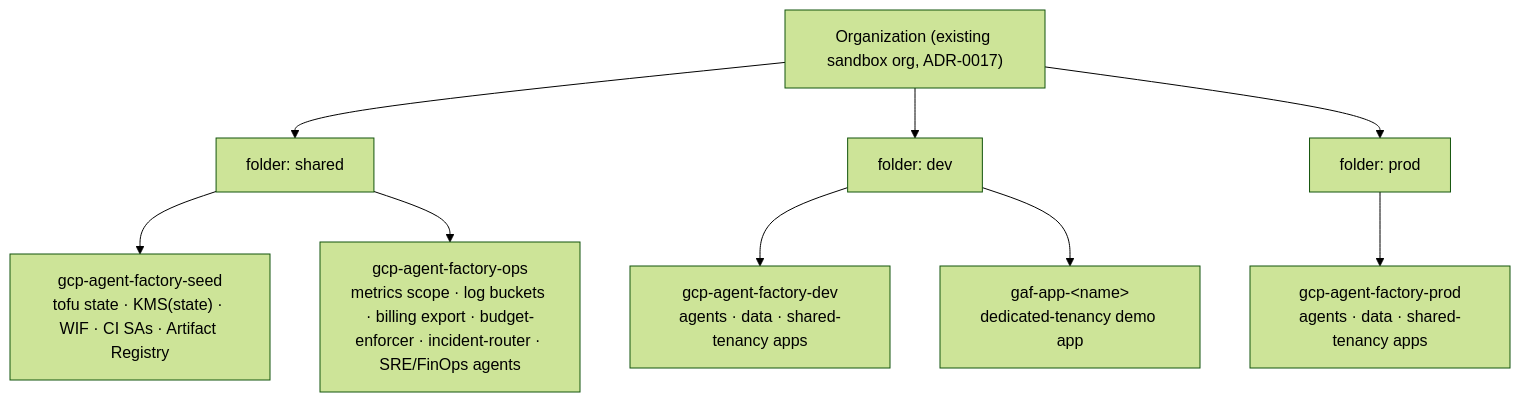
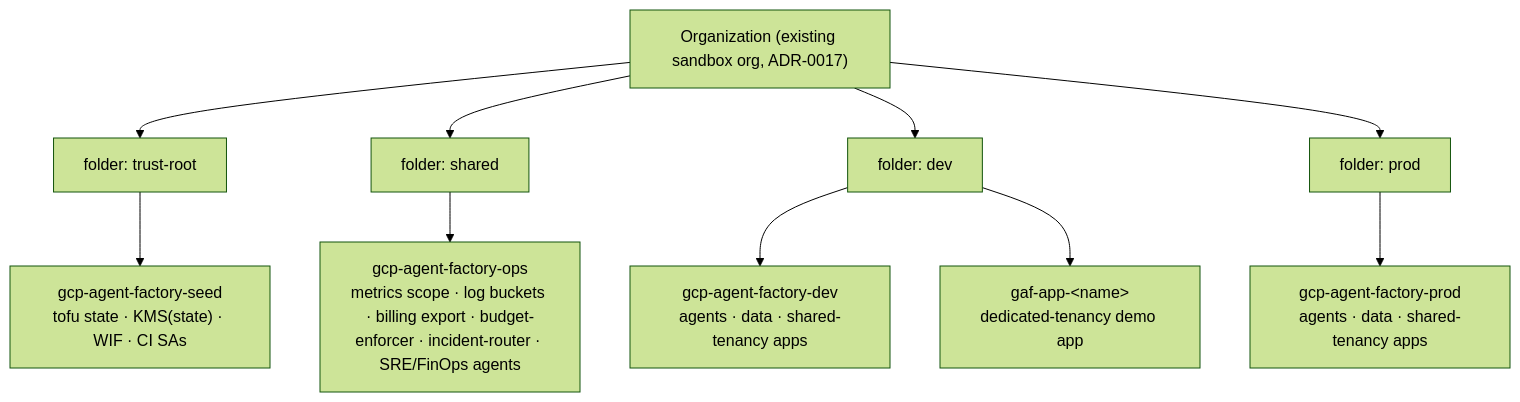
Before and after one commit to liljestk/gcp-agent-factory: the first of 4 diagrams in docs/PLAN.md, drawn with Mermaid (forest theme). The commit also changed other lines of this file and 17 other files, not shown here.

````diff
--- a/docs/PLAN.md
+++ b/docs/PLAN.md
@@ -151,12 +152,13 @@
 ```mermaid
 graph TD
   ORG["Organization (existing sandbox org, ADR-0017)"]
+  ORG --> FT["folder: trust-root"]
   ORG --> FS["folder: shared"]
   ORG --> FD["folder: dev"]
   ORG --> FP["folder: prod"]
-  FS --> SEED["gcp-agent-factory-seed<br/>tofu state · KMS(state) · WIF · CI SAs · Artifact Registry"]
+  FT --> SEED["gcp-agent-factory-seed<br/>tofu state · KMS(state) · WIF · CI SAs"]
   FS --> OPS["gcp-agent-factory-ops<br/>metrics scope · log buckets · billing export · budget-enforcer · incident-router · SRE/FinOps agents"]
   FD --> DEV["gcp-agent-factory-dev<br/>agents · data · shared-tenancy apps"]
   FD --> APP["gaf-app-&lt;name&gt;<br/>dedicated-tenancy demo app"]
   FP --> PROD["gcp-agent-factory-prod<br/>agents · data · shared-tenancy apps"]
 ```
````
